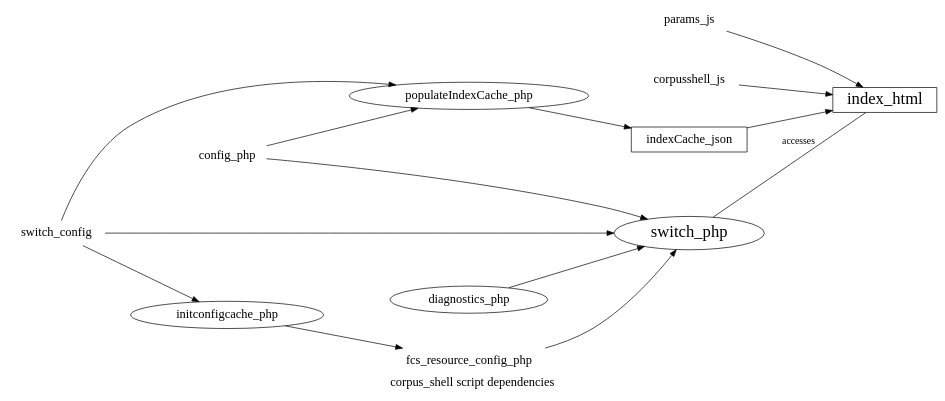
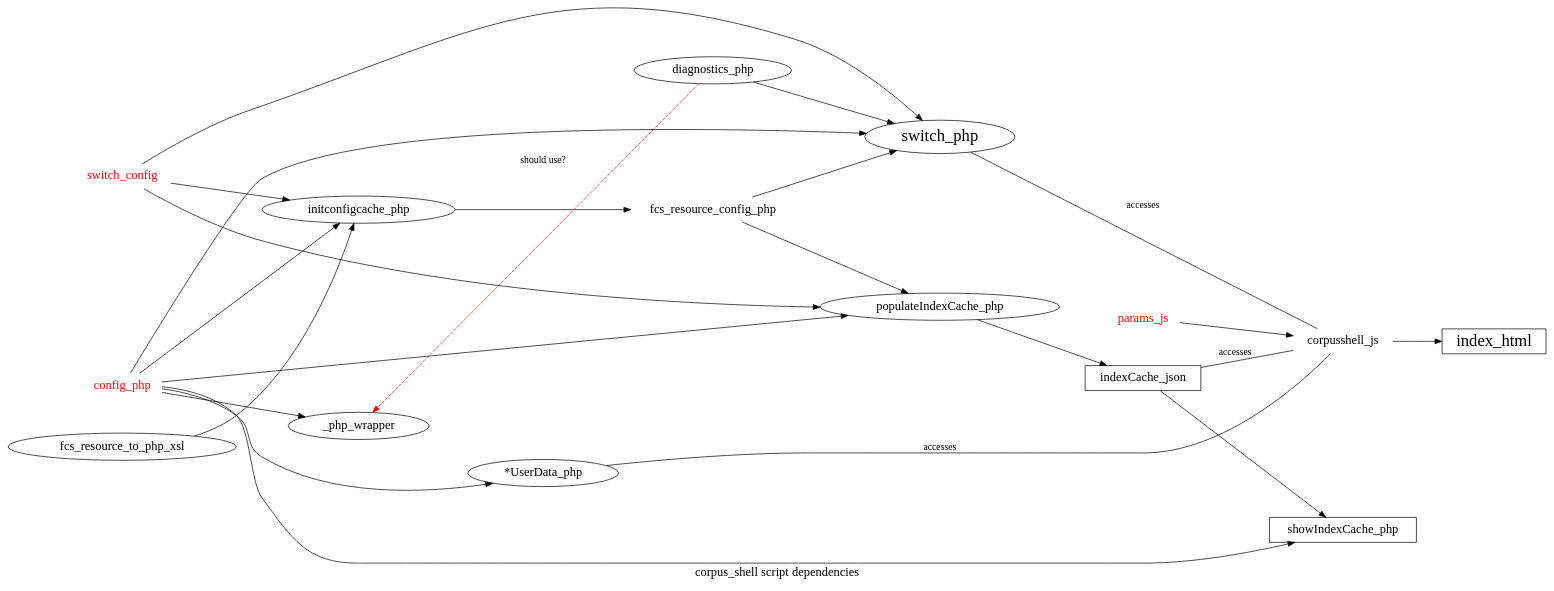
The diagram in docs/c_s_dep.dot (vronk/corpus_shell), drawn with Graphviz before and after one commit. The commit also changed 1 other file, not shown here.

Commit message:
updated dependency graph

```diff
--- a/docs/c_s_dep.dot
+++ b/docs/c_s_dep.dot
@@ -1,87 +1,127 @@
 /* 
 
 dot -oc_s_dep.png -Tpng c_s_dep.dot
 
 */
 digraph c_s_places {
   label="corpus_shell script dependencies";
 	rankdir=LR;
 	/* size="10,11";	
 	ranksep=1.3;*/
 	nodesep=0.7;	 
 	fontsize=18;
 	node [fontsize=18];
 	
 
 	/* graph [compound=true,
 		mclimit=4,		
 		remincross=true,
 		nodesep = 0.1;	
 	size="12,12";		
 	];
 	*/
 
 
 /* scripts */
 node [shape="ellipse"];
 switch_php [fontsize=24 ];
 populateIndexCache_php;
 initconfigcache_php;
 diagnostics_php;
+fcs_resource_to_php_xsl;
+_userdata [label="*UserData_php"];
+_php_wrapper;
 
 /* config */
 node [shape=none];
-switch_config;
-config_php;
+switch_config [fontcolor=red];
+config_php [fontcolor=red];
 fcs_resource_config_php;
-params_js;
+params_js [fontcolor=red];
 corpusshell_js;
 
 /* data? */
 node [shape=box];
 indexCache_json;
 index_html [fontsize=24 ];
+showIndexCache_php;
+	
+/*
+	subgraph cluster_aggregator {
+		label="fcs/aggregator";
+		initconfigcache_php;
+		fcs_resource_config_php;
+		switch_php;		
+		switch_config;
+	}
 
+	subgraph cluster_fcs_utils_php{
+		label="fcs/utils/php";
+		  config_php;
+		  diagnostics_php;
+		  fcs_resource_to_php_xsl;
+	}
+
+subgraph cluster_fcs_wrapper_php{
+		label="fcs/wrapper/php";
+		  _php_wrapper;
+	}
+
+	subgraph cluster_main {
+		label="main/utils";				
 	
-	subgraph cluster_ddconsru {
-		label="ddconsru";				
+		populateIndexCache_php;
+		showIndexCache_php;
+		_userdata;
+	}
+
+
+	subgraph cluster_js {
+		label="scripts/js";				
 	
+		params_js;
+		corpusshell_js;
+		indexCache_json;
 		
 	}
-	
-	subgraph cluster_aggregator {
-		label="aggregator";
-		
-	}
-
-	subgraph cluster_fcs_php{
-		label="fcs php";
-		
-	}
-
+*/
 
 /* usedBy */
 /* edge [label="usedBy"]; */
 config_php -> switch_php;
+config_php -> _php_wrapper;
+config_php -> populateIndexCache_php;
+config_php -> showIndexCache_php;
+config_php -> initconfigcache_php;
+config_php -> _userdata;
 switch_config -> switch_php;
 switch_config -> populateIndexCache_php;
-config_php -> populateIndexCache_php;
+
+
 populateIndexCache_php -> indexCache_json;
 diagnostics_php -> switch_php;
 switch_config -> initconfigcache_php -> fcs_resource_config_php -> switch_php;
+fcs_resource_config_php -> populateIndexCache_php;
+fcs_resource_to_php_xsl -> initconfigcache_php  [constraint=false];
 
-params_js -> index_html;
+params_js -> corpusshell_js;
 corpusshell_js -> index_html;
-indexCache_json -> index_html;
+/* indexCache_json -> showIndexCache_php  [constraint=false];  */
+indexCache_json -> showIndexCache_php; 
 
+diagnostics_php -> _php_wrapper [style=dashed, color=red, label="should use?", constraint=false];
 
 edge [label="accesses", arrowhead=none, arrowtail="open"];
 /* seen reversed */
-switch_php -> index_html;
+switch_php -> corpusshell_js;
+_userdata -> corpusshell_js;
+indexCache_json -> corpusshell_js;
+ 
+
 
 /* contains */
 edge [arrowhead=none, arrowtail=none, label=""];
 
 
 
 }
```
